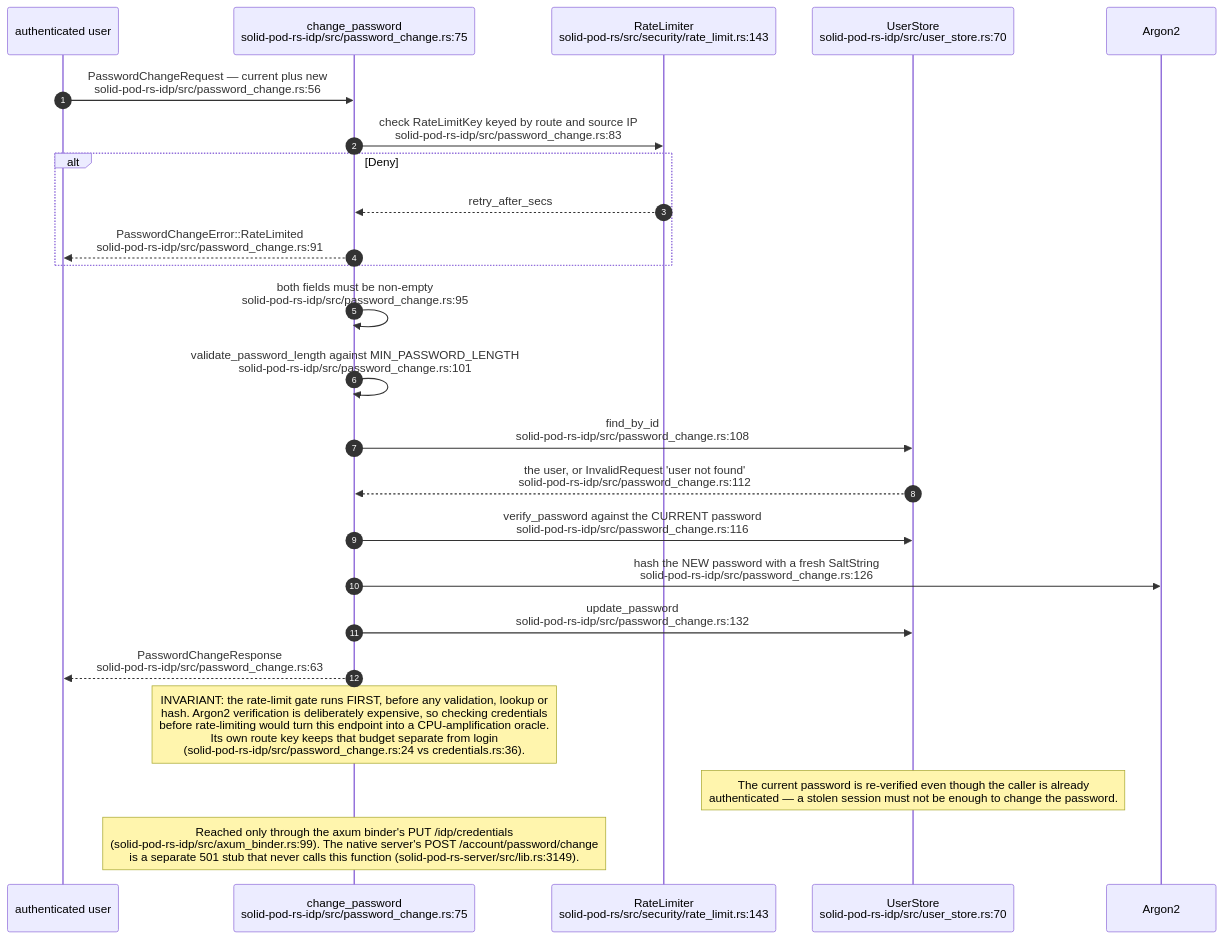
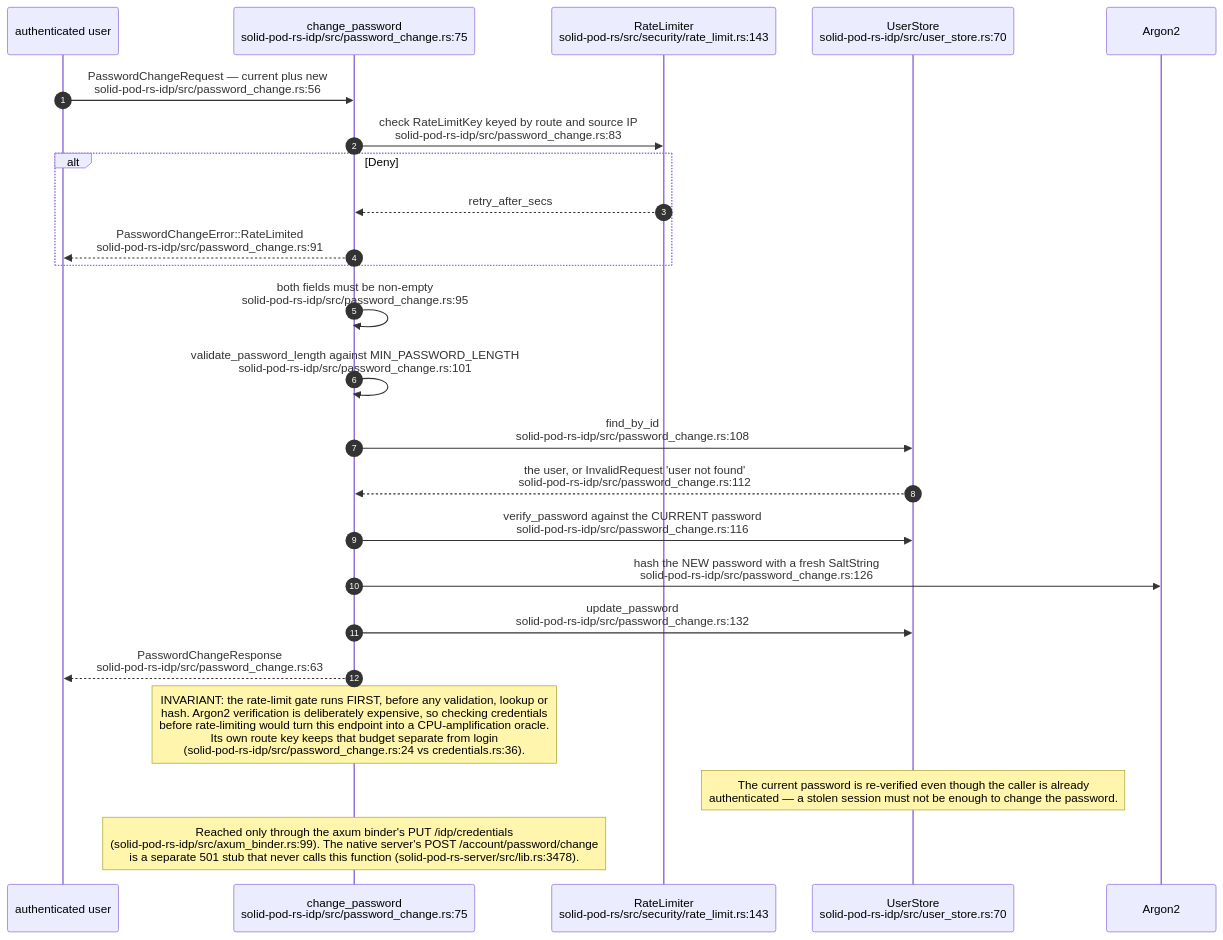
One commit to DreamLab-AI/VisionFlow changed diagram 17 of 18 in docs/diagrams/solid-pod-rs/05-identity-nip98-did-oidc.md. Above: the diagram before and after it, drawn with Mermaid. The commit also changed other lines of this file and 59 other files, not shown here.

First line of the commit message:
docs(diagrams): re-derive and re-stamp forum, website, pod, ontomark and sealmap topics

````diff
--- a/docs/diagrams/solid-pod-rs/05-identity-nip98-did-oidc.md
+++ b/docs/diagrams/solid-pod-rs/05-identity-nip98-did-oidc.md
@@ -528,28 +532,28 @@
 ```mermaid
 sequenceDiagram
     autonumber
     participant C as authenticated user
     participant P as change_password<br/>solid-pod-rs-idp/src/password_change.rs:75
     participant L as RateLimiter<br/>solid-pod-rs/src/security/rate_limit.rs:143
     participant U as UserStore<br/>solid-pod-rs-idp/src/user_store.rs:70
     participant A as Argon2
 
     C->>P: PasswordChangeRequest — current plus new<br/>solid-pod-rs-idp/src/password_change.rs:56
     P->>L: check RateLimitKey keyed by route and source IP<br/>solid-pod-rs-idp/src/password_change.rs:83
     alt Deny
         L-->>P: retry_after_secs
         P-->>C: PasswordChangeError::RateLimited<br/>solid-pod-rs-idp/src/password_change.rs:91
     end
     P->>P: both fields must be non-empty<br/>solid-pod-rs-idp/src/password_change.rs:95
     P->>P: validate_password_length against MIN_PASSWORD_LENGTH<br/>solid-pod-rs-idp/src/password_change.rs:101
     P->>U: find_by_id<br/>solid-pod-rs-idp/src/password_change.rs:108
     U-->>P: the user, or InvalidRequest 'user not found'<br/>solid-pod-rs-idp/src/password_change.rs:112
     P->>U: verify_password against the CURRENT password<br/>solid-pod-rs-idp/src/password_change.rs:116
     P->>A: hash the NEW password with a fresh SaltString<br/>solid-pod-rs-idp/src/password_change.rs:126
     P->>U: update_password<br/>solid-pod-rs-idp/src/password_change.rs:132
     P-->>C: PasswordChangeResponse<br/>solid-pod-rs-idp/src/password_change.rs:63
 
     Note over P: INVARIANT: the rate-limit gate runs FIRST, before any validation, lookup or<br/>hash. Argon2 verification is deliberately expensive, so checking credentials<br/>before rate-limiting would turn this endpoint into a CPU-amplification oracle.<br/>Its own route key keeps that budget separate from login<br/>(solid-pod-rs-idp/src/password_change.rs:24 vs credentials.rs:36).
     Note over U: The current password is re-verified even though the caller is already<br/>authenticated — a stolen session must not be enough to change the password.
-    Note over P: Reached only through the axum binder's PUT /idp/credentials<br/>(solid-pod-rs-idp/src/axum_binder.rs:99). The native server's POST /account/password/change<br/>is a separate 501 stub that never calls this function (solid-pod-rs-server/src/lib.rs:3149).
+    Note over P: Reached only through the axum binder's PUT /idp/credentials<br/>(solid-pod-rs-idp/src/axum_binder.rs:99). The native server's POST /account/password/change<br/>is a separate 501 stub that never calls this function (solid-pod-rs-server/src/lib.rs:3478).
 ```
````
